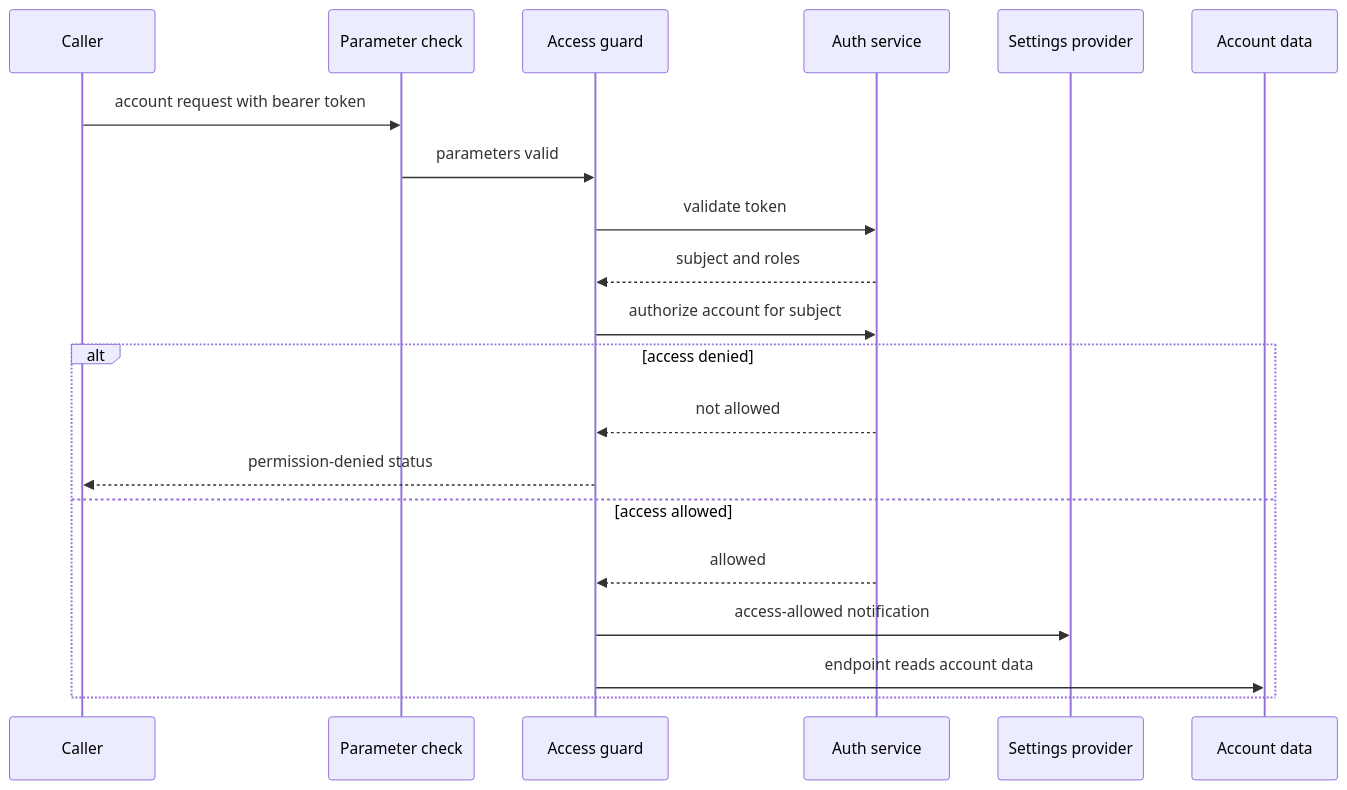
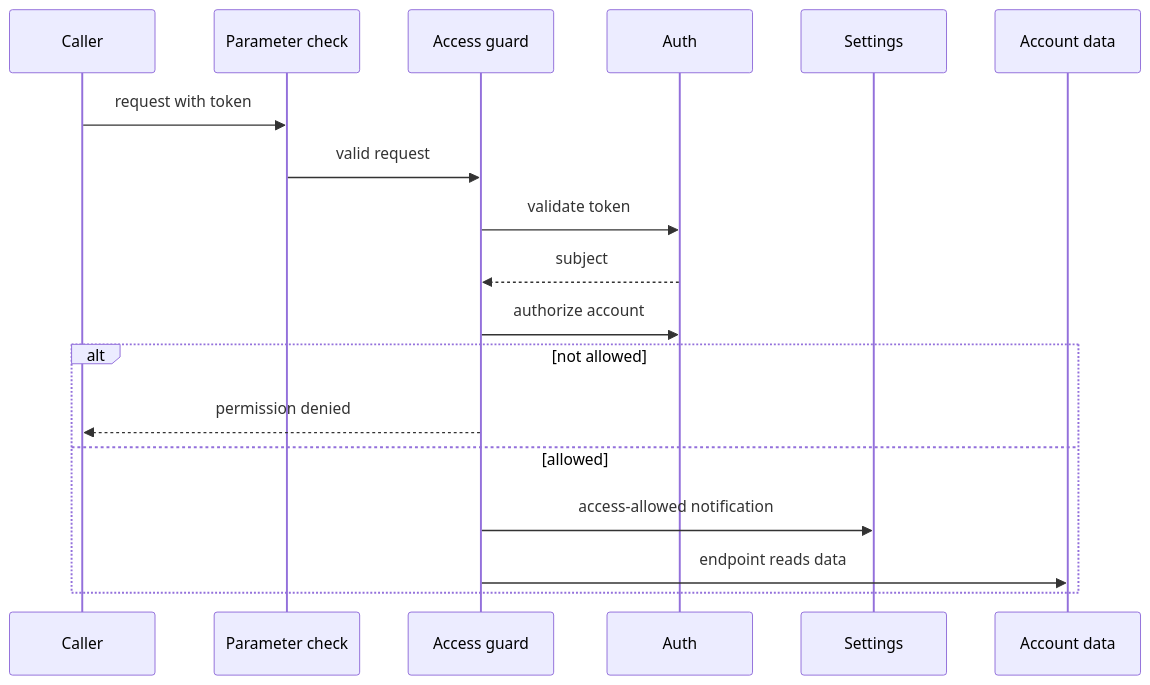
One commit to blitzy-public-samples/aws-carddemo-blitzy changed the diagram in docs/backlog/epics/CS-12-auth-service-integration/stories/CS-12-003-account-access-guard-for-rest-and-grpc.md. Above: the diagram before and after it, drawn with Mermaid. The commit also changed other lines of this file and 31 other files, not shown here.

````diff
--- a/docs/backlog/epics/CS-12-auth-service-integration/stories/CS-12-003-account-access-guard-for-rest-and-grpc.md
+++ b/docs/backlog/epics/CS-12-auth-service-integration/stories/CS-12-003-account-access-guard-for-rest-and-grpc.md
@@ -158,22 +158,20 @@
 ```mermaid
 sequenceDiagram
     participant Caller
     participant Check as Parameter check
     participant Guard as Access guard
-    participant Auth as Auth service
-    participant Settings as Settings provider
+    participant Auth
+    participant Settings
     participant Data as Account data
-    Caller->>Check: account request with bearer token
-    Check->>Guard: parameters valid
+    Caller->>Check: request with token
+    Check->>Guard: valid request
     Guard->>Auth: validate token
-    Auth-->>Guard: subject and roles
-    Guard->>Auth: authorize account for subject
-    alt access denied
-        Auth-->>Guard: not allowed
-        Guard-->>Caller: permission-denied status
-    else access allowed
-        Auth-->>Guard: allowed
+    Auth-->>Guard: subject
+    Guard->>Auth: authorize account
+    alt not allowed
+        Guard-->>Caller: permission denied
+    else allowed
         Guard->>Settings: access-allowed notification
-        Guard->>Data: endpoint reads account data
+        Guard->>Data: endpoint reads data
     end
 ```
````
